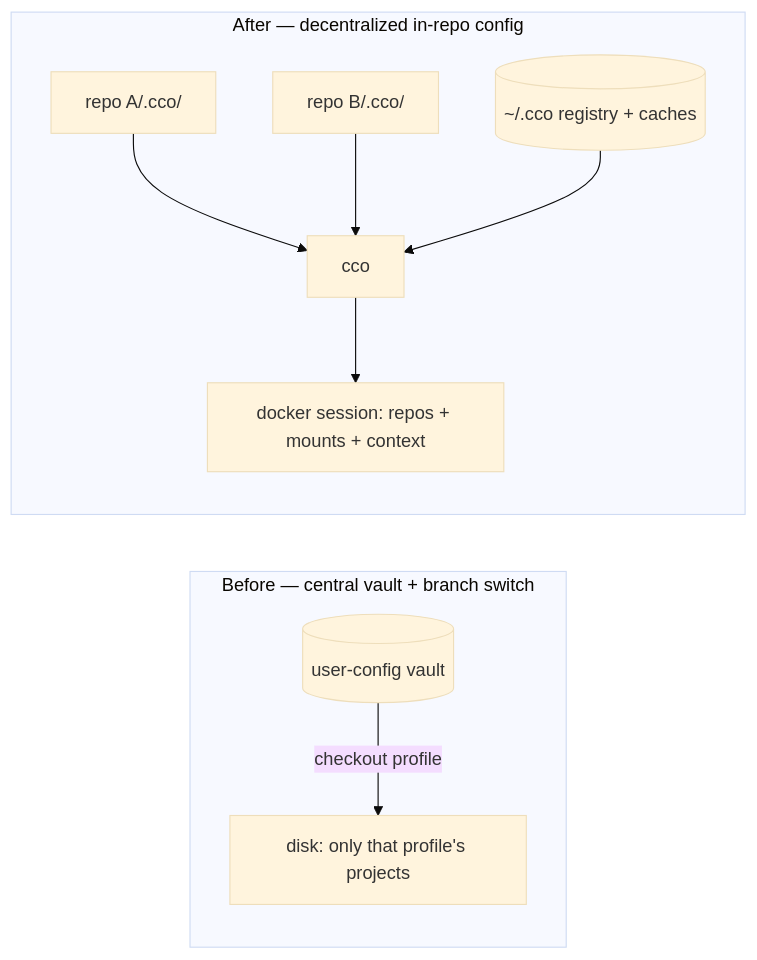
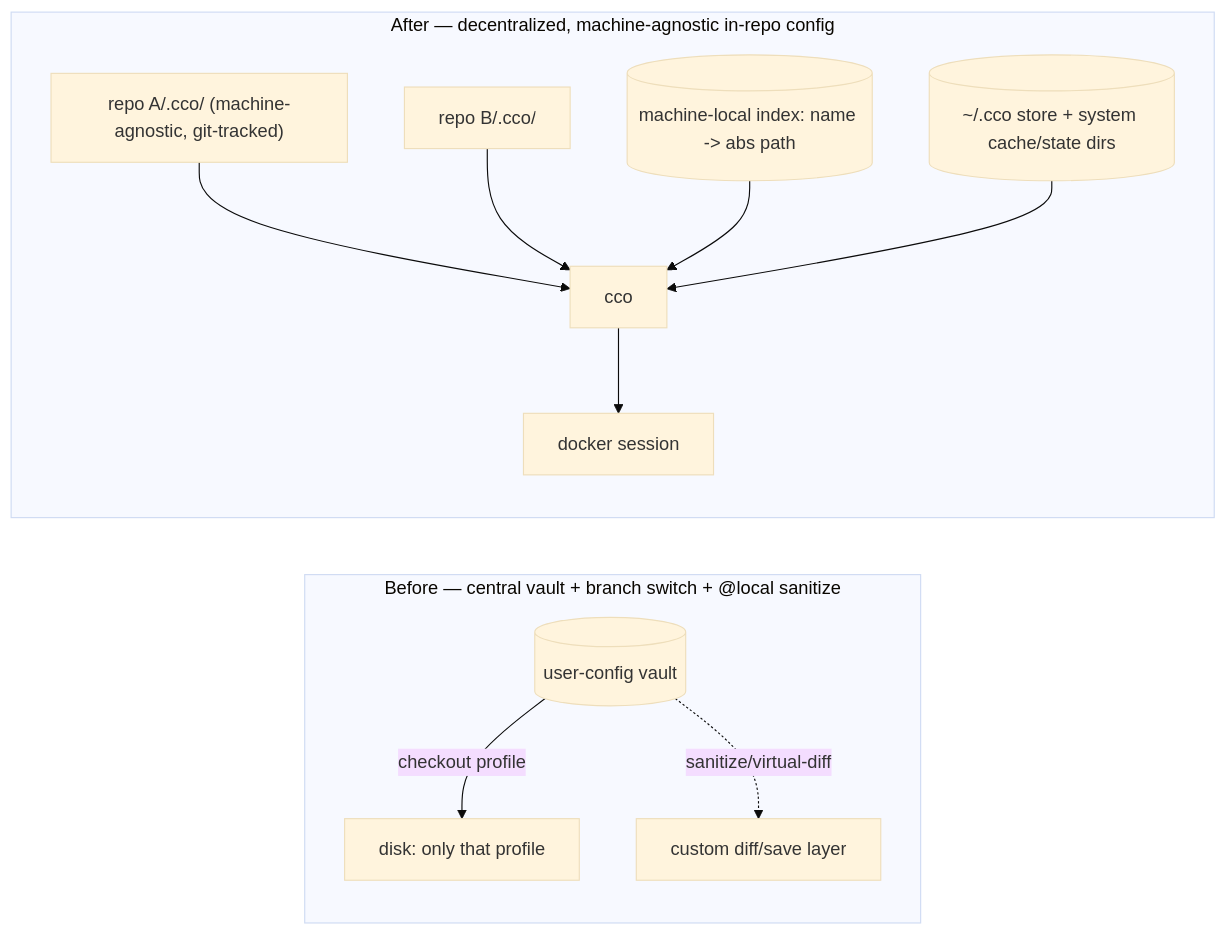
The first of 2 diagrams in docs/maintainer/configuration/decentralized-config/requirements.md (alergyonthestage/claude-orchestrator), drawn with Mermaid (base theme) before and after one commit. The commit also changed other lines of this file and 4 other files, not shown here.

First line of the commit message:
docs(decentralized-config): finalize sync-as-copy model; persist adversarial review

````diff
--- a/docs/maintainer/configuration/decentralized-config/requirements.md
+++ b/docs/maintainer/configuration/decentralized-config/requirements.md
@@ -33,12 +40,14 @@
 ```mermaid
 flowchart LR
-  subgraph OLD["Before — central vault + branch switch"]
-    V[(user-config vault)] -->|checkout profile| FS[disk: only that profile's projects]
+  subgraph OLD["Before — central vault + branch switch + @local sanitize"]
+    V[(user-config vault)] -->|checkout profile| FS[disk: only that profile]
+    V -.->|sanitize/virtual-diff| CD[custom diff/save layer]
   end
-  subgraph NEW["After — decentralized in-repo config"]
-    R1["repo A/.cco/"] --> S[cco]
+  subgraph NEW["After — decentralized, machine-agnostic in-repo config"]
+    R1["repo A/.cco/ (machine-agnostic, git-tracked)"] --> S[cco]
     R2["repo B/.cco/"] --> S
-    REG[("~/.cco registry + caches")] --> S
-    S --> SESS["docker session: repos + mounts + context"]
+    IDX[("machine-local index: name -> abs path")] --> S
+    REG[("~/.cco store + system cache/state dirs")] --> S
+    S --> SESS["docker session"]
   end
 ```
````
